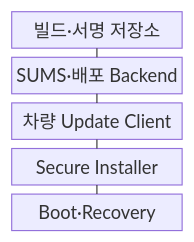
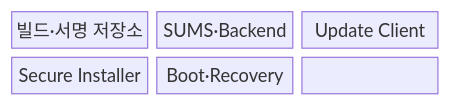
Before and after one commit to agnusdei1207/knowledge-base: the first of 2 diagrams in src/content/docs/notes/08-latest-tech/205_ota_update.md, drawn with Mermaid. The commit also changed other lines of this file and 228 other files, not shown here.

````diff
--- a/src/content/docs/notes/08-latest-tech/205_ota_update.md
+++ b/src/content/docs/notes/08-latest-tech/205_ota_update.md
@@ -50,13 +49,11 @@
 ```mermaid
 block-beta
-  columns 1
-  repo["빌드·서명 저장소"]
-  backend["SUMS·배포 Backend"]
-  client["차량 Update Client"]
-  installer["Secure Installer"]
-  recovery["Boot·Recovery"]
-  repo --- backend
-  backend --- client
-  client --- installer
-  installer --- recovery
+  columns 3
+  N0["빌드·서명 저장소"]
+  N1["SUMS·Backend"]
+  N2["Update Client"]
+  N3["Secure Installer"]
+  N4["Boot·Recovery"]
+  N0 --- N1 --- N2
+  N2 --- N3 --- N4
 ```
````
